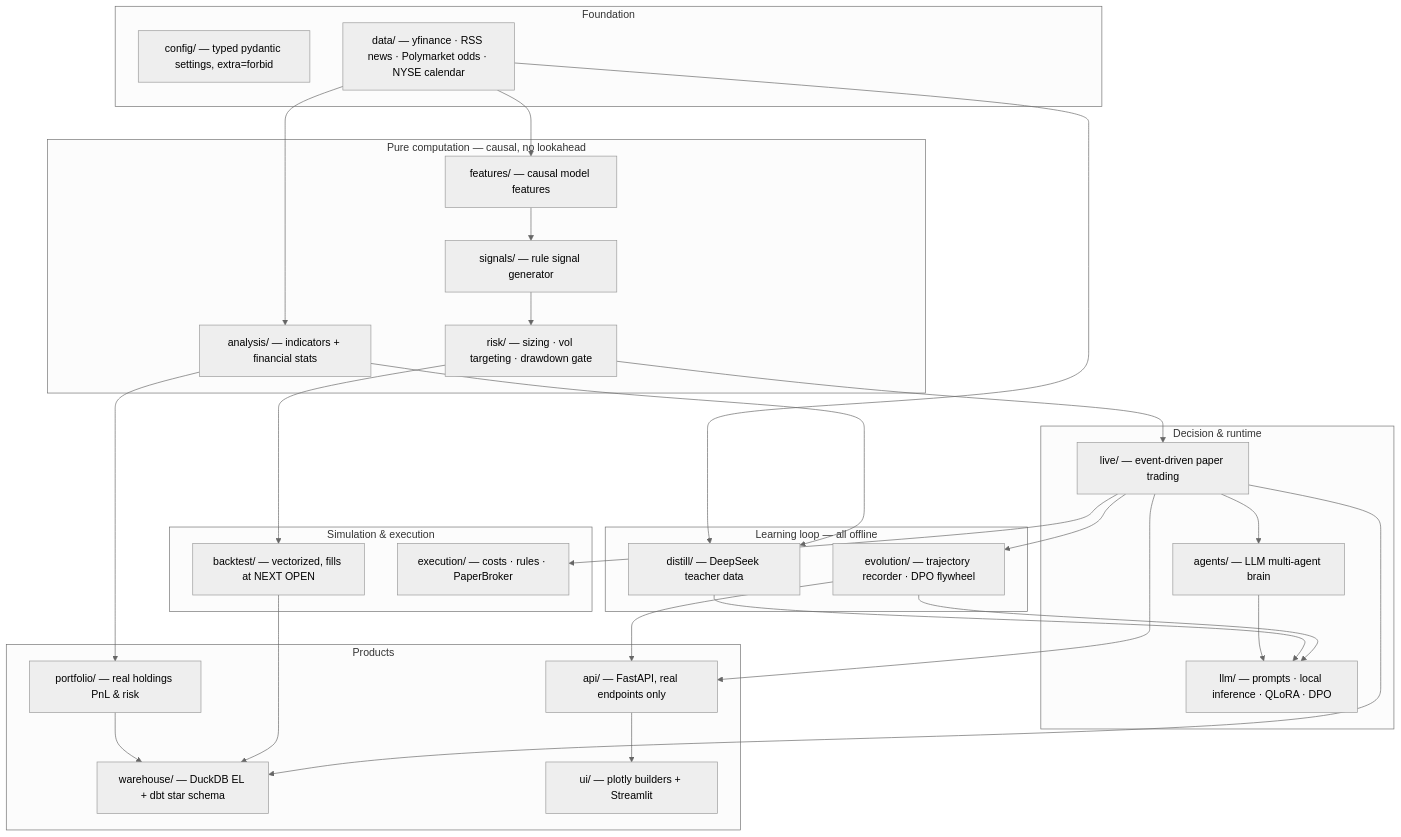
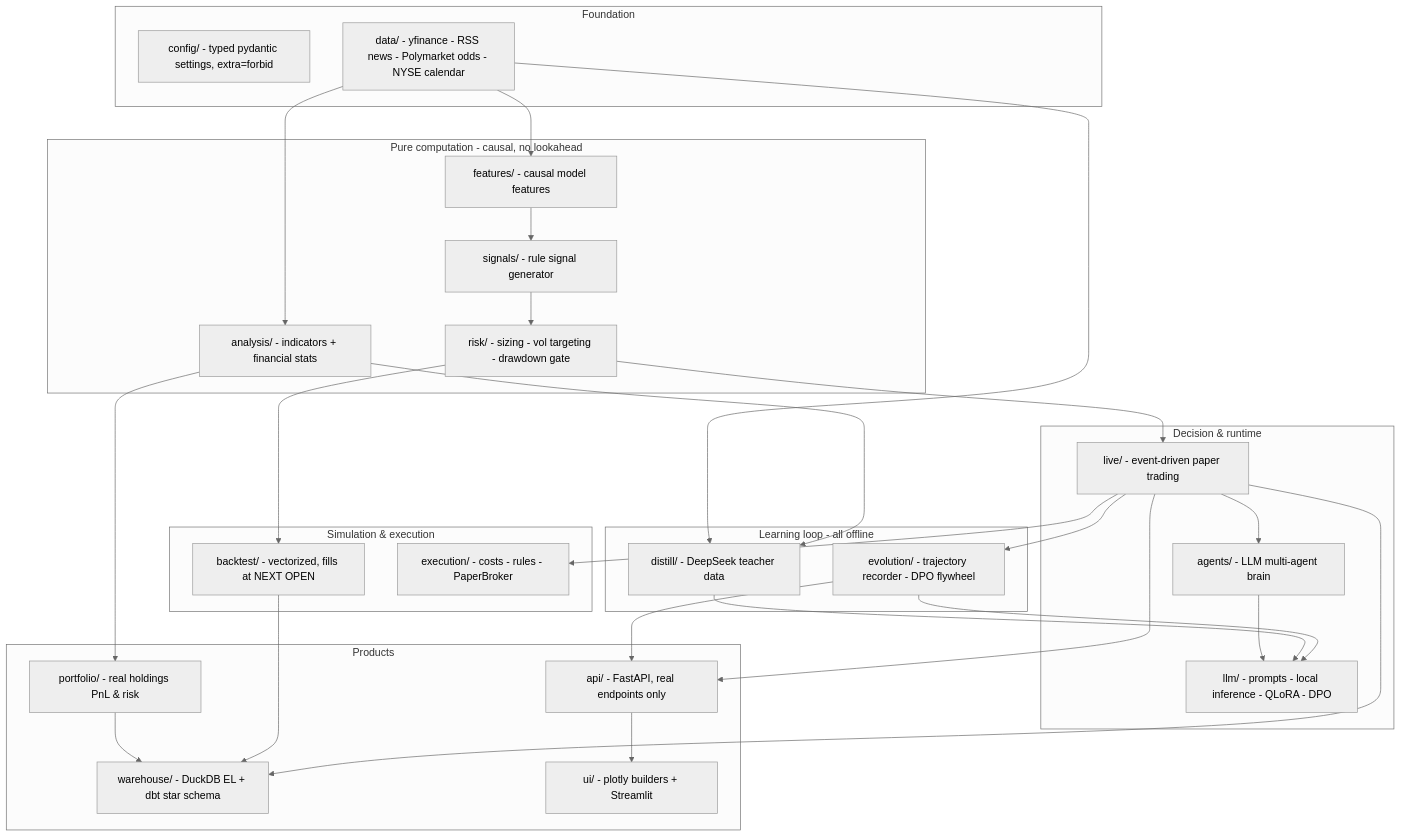
Before and after one commit to C0k11/stock-share-Helper: the first of 6 diagrams in README.md, drawn with Mermaid (neutral theme). The commit also changed other lines of this file and 2 other files, not shown here.

````diff
--- a/README.md
+++ b/README.md
@@ -146,49 +146,49 @@
 ```mermaid
 flowchart TB
     subgraph L0["Foundation"]
-        CFG["config/ — typed pydantic settings, extra=forbid"]
-        DAT["data/ — yfinance · RSS news · Polymarket odds · NYSE calendar"]
+        CFG["config/ - typed pydantic settings, extra=forbid"]
+        DAT["data/ - yfinance - RSS news - Polymarket odds - NYSE calendar"]
     end
-    subgraph L1["Pure computation — causal, no lookahead"]
-        FEA["features/ — causal model features"]
-        ANA["analysis/ — indicators + financial stats"]
-        SIG["signals/ — rule signal generator"]
-        RSK["risk/ — sizing · vol targeting · drawdown gate"]
+    subgraph L1["Pure computation - causal, no lookahead"]
+        FEA["features/ - causal model features"]
+        ANA["analysis/ - indicators + financial stats"]
+        SIG["signals/ - rule signal generator"]
+        RSK["risk/ - sizing - vol targeting - drawdown gate"]
     end
     subgraph L2["Simulation & execution"]
-        BTE["backtest/ — vectorized, fills at NEXT OPEN"]
-        EXE["execution/ — costs · rules · PaperBroker"]
+        BTE["backtest/ - vectorized, fills at NEXT OPEN"]
+        EXE["execution/ - costs - rules - PaperBroker"]
     end
     subgraph L3["Decision & runtime"]
-        AGT["agents/ — LLM multi-agent brain"]
-        LLM["llm/ — prompts · local inference · QLoRA · DPO"]
-        LIV["live/ — event-driven paper trading"]
+        AGT["agents/ - LLM multi-agent brain"]
+        LLM["llm/ - prompts - local inference - QLoRA - DPO"]
+        LIV["live/ - event-driven paper trading"]
     end
-    subgraph L4["Learning loop — all offline"]
-        DIS["distill/ — DeepSeek teacher data"]
-        EVO["evolution/ — trajectory recorder · DPO flywheel"]
+    subgraph L4["Learning loop - all offline"]
+        DIS["distill/ - DeepSeek teacher data"]
+        EVO["evolution/ - trajectory recorder - DPO flywheel"]
     end
     subgraph L5["Products"]
-        POR["portfolio/ — real holdings PnL & risk"]
-        WHS["warehouse/ — DuckDB EL + dbt star schema"]
-        API["api/ — FastAPI, real endpoints only"]
-        UIX["ui/ — plotly builders + Streamlit"]
+        POR["portfolio/ - real holdings PnL & risk"]
+        WHS["warehouse/ - DuckDB EL + dbt star schema"]
+        API["api/ - FastAPI, real endpoints only"]
+        UIX["ui/ - plotly builders + Streamlit"]
     end
     DAT --> FEA --> SIG --> RSK --> BTE
     DAT --> ANA --> POR
     RSK --> LIV
     LIV --> EXE
     LIV --> AGT
     AGT --> LLM
     DAT --> DIS
     ANA --> DIS
     DIS --> LLM
     LIV --> EVO
     EVO --> LLM
     POR --> WHS
     BTE --> WHS
     LIV --> WHS
     LIV --> API
     EVO --> API
     API --> UIX
 ```
````
